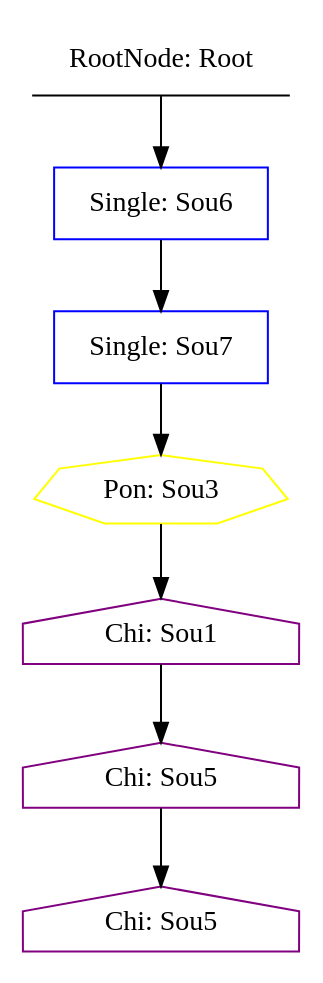
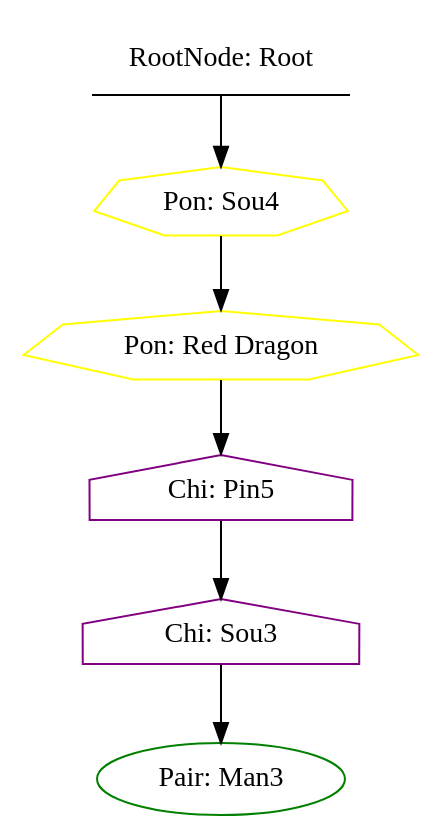
The diagram in tools/mahjongShuffle/hand.gv (realliance/RiichiRoyale), drawn with Graphviz before and after one commit. The commit also changed 23 other files, not shown here.

```diff
--- a/tools/mahjongShuffle/hand.gv
+++ b/tools/mahjongShuffle/hand.gv
@@ -1,16 +1,14 @@
 digraph {
   0 [label="RootNode: Root",shape=underline,color=black];
-  1 [label="Single: Sou6",shape=box,color=blue];
-  2 [label="Single: Sou7",shape=box,color=blue];
-  3 [label="Pon: Sou3",shape=septagon,color=yellow];
-  4 [label="Chi: Sou1",shape=house,color=purple];
-  5 [label="Chi: Sou5",shape=house,color=purple];
-  6 [label="Chi: Sou5",shape=house,color=purple];
+  1 [label="Pon: Sou4",shape=septagon,color=yellow];
+  2 [label="Pon: Red Dragon",shape=septagon,color=yellow];
+  3 [label="Chi: Pin5",shape=house,color=purple];
+  4 [label="Chi: Sou3",shape=house,color=purple];
+  5 [label="Pair: Man3",shape=oval,color=green];
 
   0 -> 1;
   1 -> 2;
   2 -> 3;
   3 -> 4;
   4 -> 5;
-  5 -> 6;
 }
```
